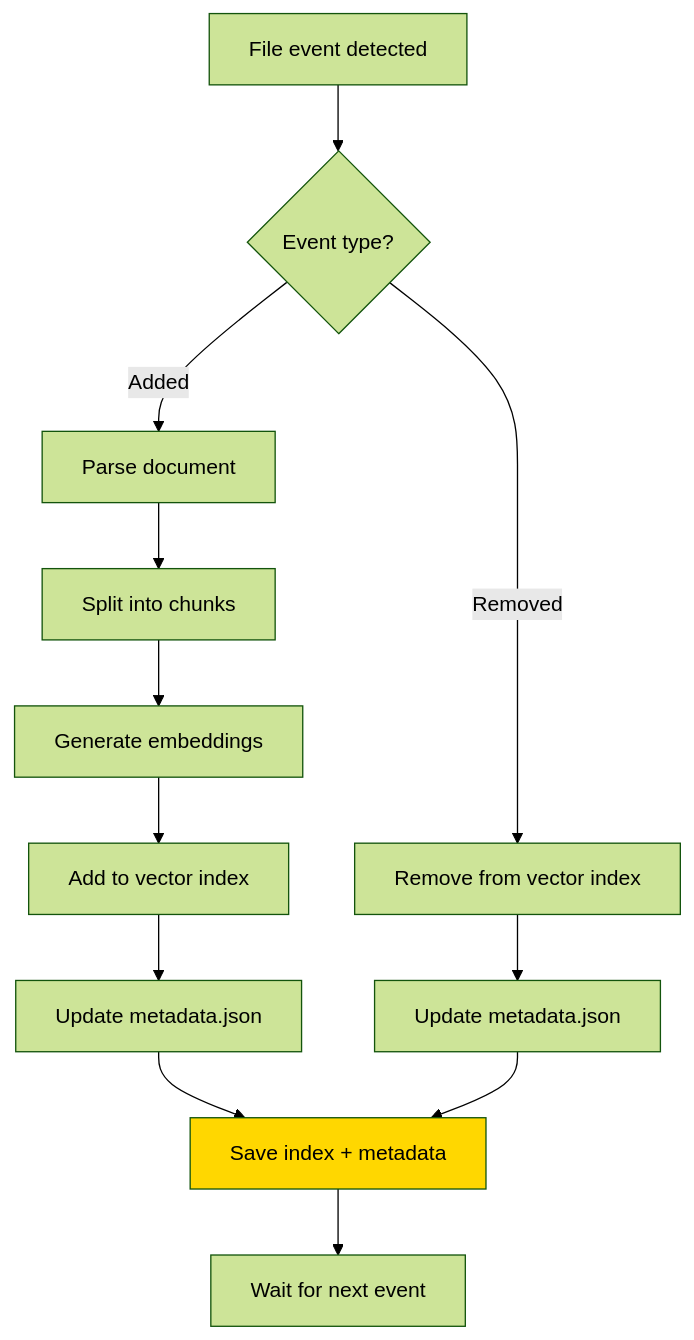
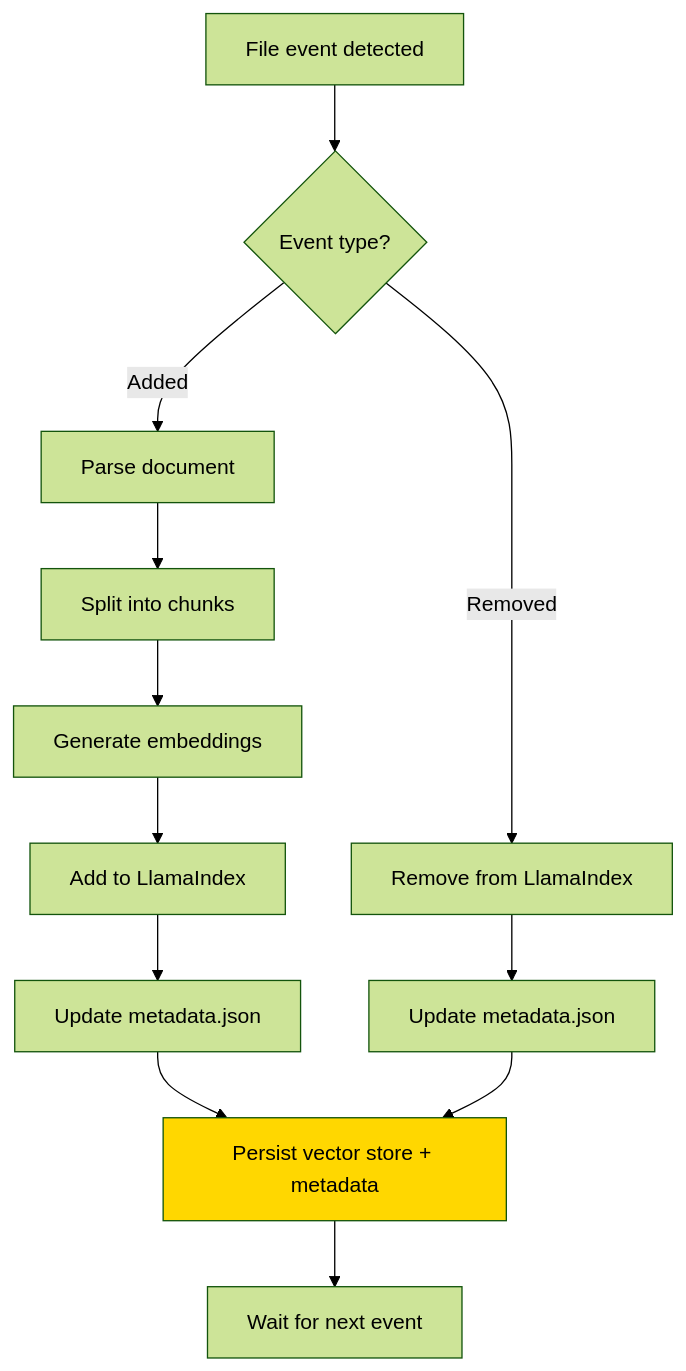
The second of 4 diagrams in README.md (nonlinear/librarian), drawn with Mermaid (forest theme) before and after one commit. The commit also changed other lines of this file and 45 other files, not shown here.

````diff
--- a/README.md
+++ b/README.md
@@ -121,19 +133,19 @@
 ```mermaid
 graph TD
   EVENT[File event detected] --> TYPE{Event type?}
 
   TYPE -->|Added| PARSE[Parse document]
   PARSE --> CHUNK[Split into chunks]
   CHUNK --> GEN[Generate embeddings]
-  GEN --> ADD[Add to vector index]
+  GEN --> ADD[Add to LlamaIndex]
   ADD --> UPDATE1[Update metadata.json]
 
-  TYPE -->|Removed| REMOVE[Remove from vector index]
+  TYPE -->|Removed| REMOVE[Remove from LlamaIndex]
   REMOVE --> UPDATE2[Update metadata.json]
 
-  UPDATE1 --> SAVE[Save index + metadata]
+  UPDATE1 --> SAVE[Persist vector store + metadata]
   UPDATE2 --> SAVE
   SAVE --> WAIT[Wait for next event]
 
   style SAVE fill:#FFD700
 ```
````
